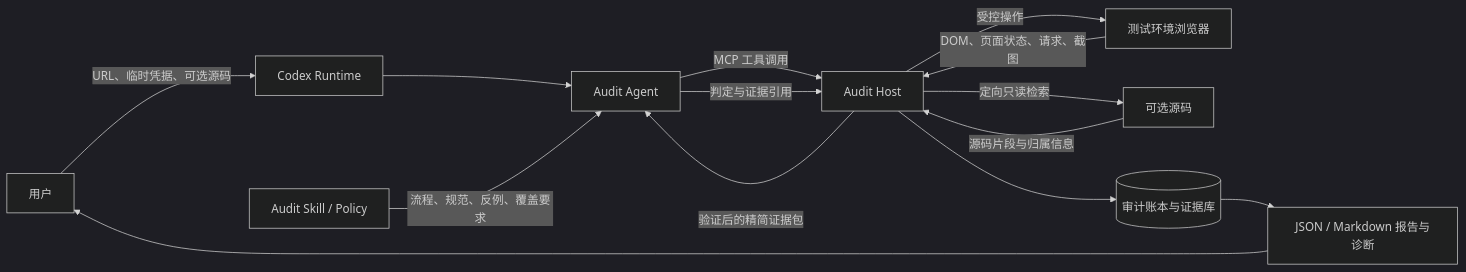
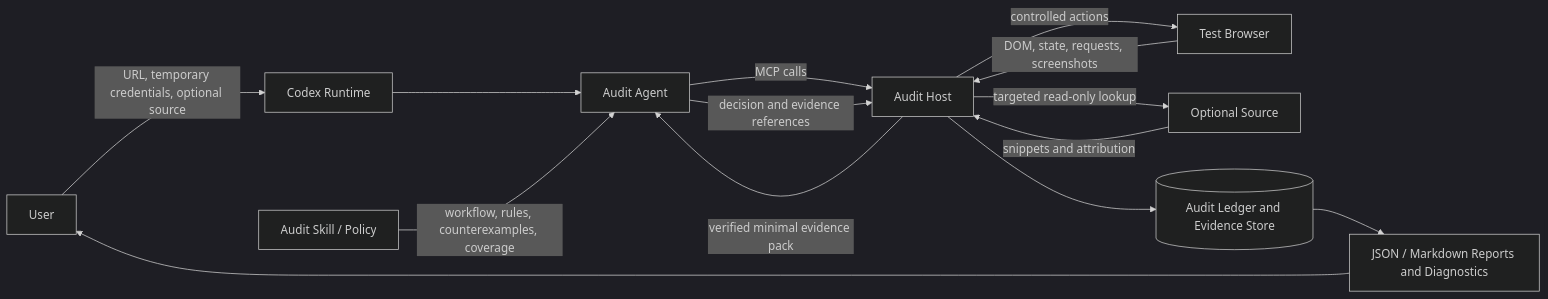
The first of 3 diagrams in docs/architecture.md (elioyu-07/Assayer), drawn with Mermaid (dark theme) before and after one commit. The commit also changed other lines of this file and 140 other files, not shown here.

````diff
--- a/docs/architecture.md
+++ b/docs/architecture.md
@@ -40,16 +28,16 @@
 ```mermaid
 flowchart LR
-    U[用户] -->|URL、临时凭据、可选源码| C[Codex Runtime]
+    U[User] -->|URL, temporary credentials, optional source| C[Codex Runtime]
     C --> A[Audit Agent]
-    S[Audit Skill / Policy] -->|流程、规范、反例、覆盖要求| A
-    A -->|MCP 工具调用| H[Audit Host]
-    H -->|受控操作| B[测试环境浏览器]
-    H -->|定向只读检索| SRC[可选源码]
-    B -->|DOM、页面状态、请求、截图| H
-    SRC -->|源码片段与归属信息| H
-    H -->|验证后的精简证据包| A
-    A -->|判定与证据引用| H
-    H --> L[(审计账本与证据库)]
-    L --> R[JSON / Markdown 报告与诊断]
+    S[Audit Skill / Policy] -->|workflow, rules, counterexamples, coverage| A
+    A -->|MCP calls| H[Audit Host]
+    H -->|controlled actions| B[Test Browser]
+    H -->|targeted read-only lookup| SRC[Optional Source]
+    B -->|DOM, state, requests, screenshots| H
+    SRC -->|snippets and attribution| H
+    H -->|verified minimal evidence pack| A
+    A -->|decision and evidence references| H
+    H --> L[(Audit Ledger and Evidence Store)]
+    L --> R[JSON / Markdown Reports and Diagnostics]
     R --> U
 ```
````
